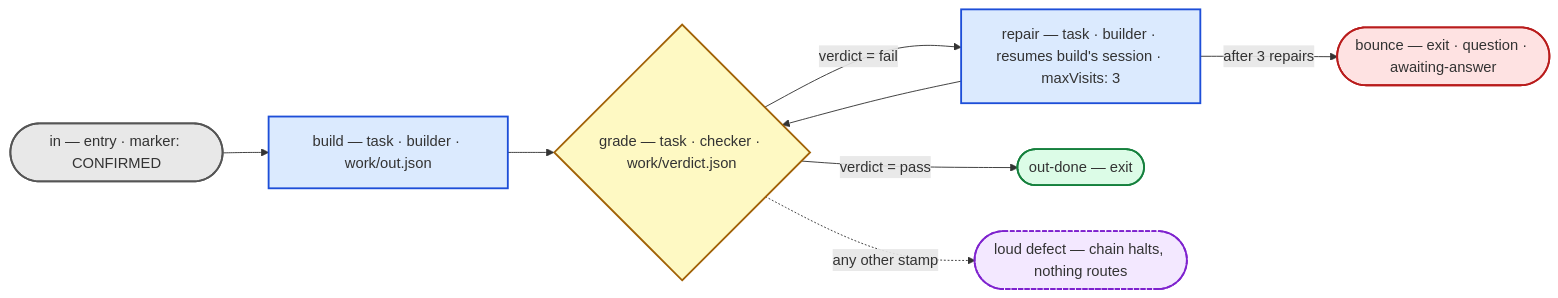
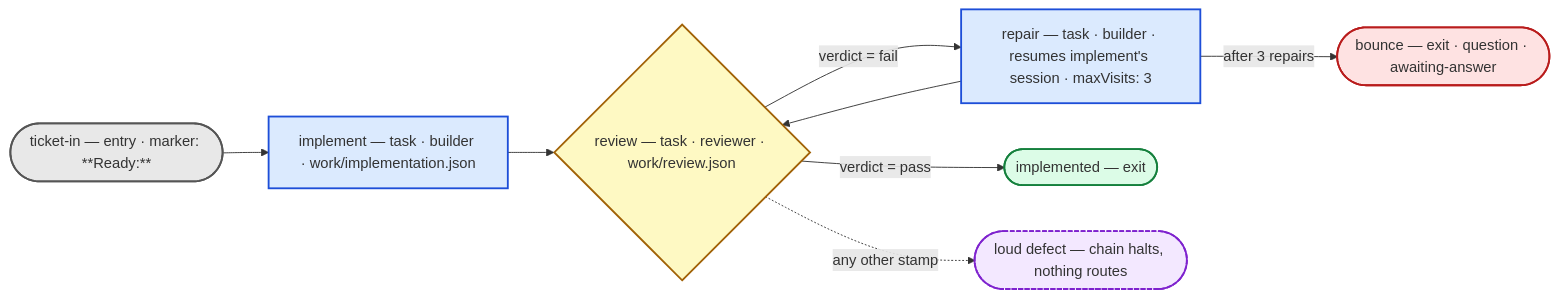
Before and after one commit to GirthquakeMag11/girth-agents: the diagram in engine/README.md, drawn with Mermaid. The commit also changed other lines of this file and 14 other files, not shown here.

First line of the commit message:
feat(engine): the implement-from-ticket workflow, proven end to end

````diff
--- a/engine/README.md
+++ b/engine/README.md
@@ -10,25 +11,25 @@
 ```mermaid
 flowchart LR
     classDef entry fill:#e8e8e8,stroke:#555,stroke-width:2px
     classDef task fill:#dbeafe,stroke:#1d4ed8,stroke-width:2px
     classDef decide fill:#fef9c3,stroke:#a16207,stroke-width:2px
     classDef done fill:#dcfce7,stroke:#15803d,stroke-width:2px
     classDef bounce fill:#fee2e2,stroke:#b91c1c,stroke-width:2px
     classDef defect fill:#f3e8ff,stroke:#7e22ce,stroke-width:2px,stroke-dasharray: 5 2
 
-    IN(["in — entry · marker: CONFIRMED"]):::entry
-    BUILD["build — task · builder · work/out.json"]:::task
-    GRADE{"grade — task · checker · work/verdict.json"}:::decide
-    REPAIR["repair — task · builder · resumes build's session · maxVisits: 3"]:::task
-    OUTDONE(["out-done — exit"]):::done
+    TICKETIN(["ticket-in — entry · marker: **Ready:**"]):::entry
+    IMPLEMENT["implement — task · builder · work/implementation.json"]:::task
+    REVIEW{"review — task · reviewer · work/review.json"}:::decide
+    REPAIR["repair — task · builder · resumes implement's session · maxVisits: 3"]:::task
+    IMPLEMENTED(["implemented — exit"]):::done
     BOUNCE(["bounce — exit · question · awaiting-answer"]):::bounce
-    DEAD_GRADE(["loud defect — chain halts, nothing routes"]):::defect
+    DEAD_REVIEW(["loud defect — chain halts, nothing routes"]):::defect
 
-    IN --> BUILD
-    BUILD --> GRADE
-    GRADE -- "verdict = pass" --> OUTDONE
-    GRADE -- "verdict = fail" --> REPAIR
-    REPAIR --> GRADE
+    TICKETIN --> IMPLEMENT
+    IMPLEMENT --> REVIEW
+    REVIEW -- "verdict = pass" --> IMPLEMENTED
+    REVIEW -- "verdict = fail" --> REPAIR
+    REPAIR --> REVIEW
     REPAIR -- "after 3 repairs" --> BOUNCE
-    GRADE -. "any other stamp" .-> DEAD_GRADE
+    REVIEW -. "any other stamp" .-> DEAD_REVIEW
 ```
````
